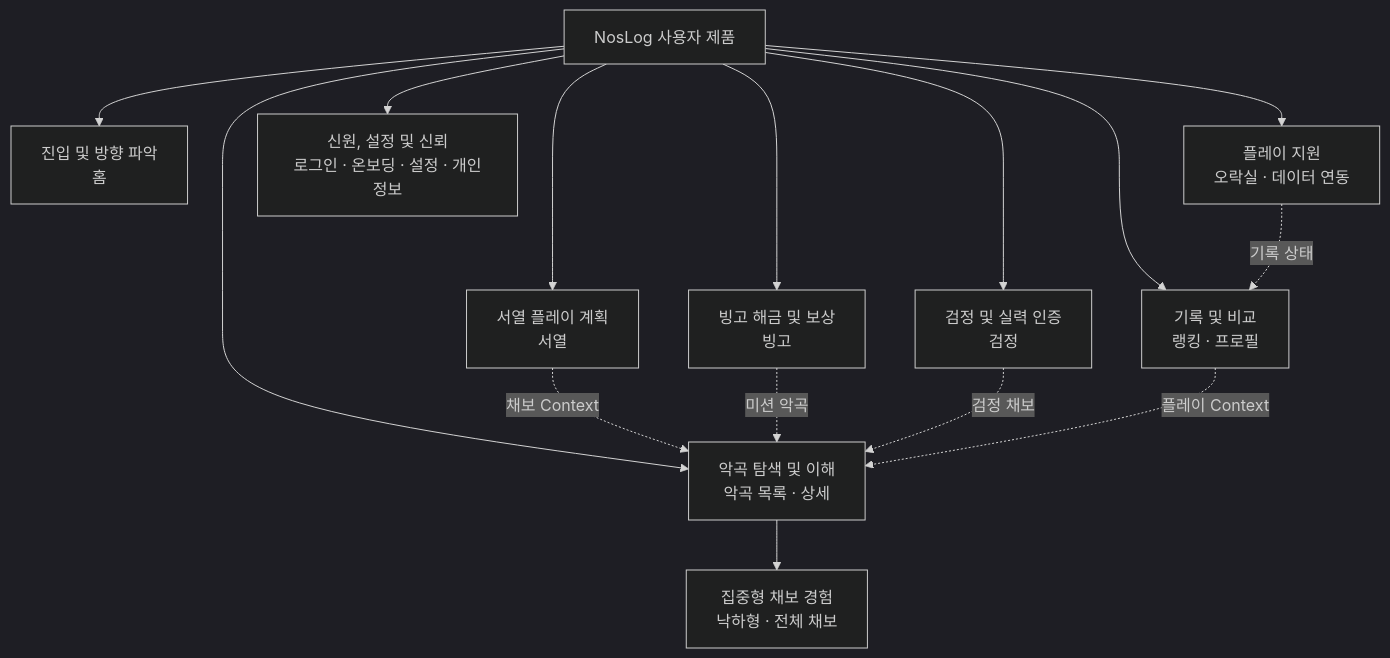
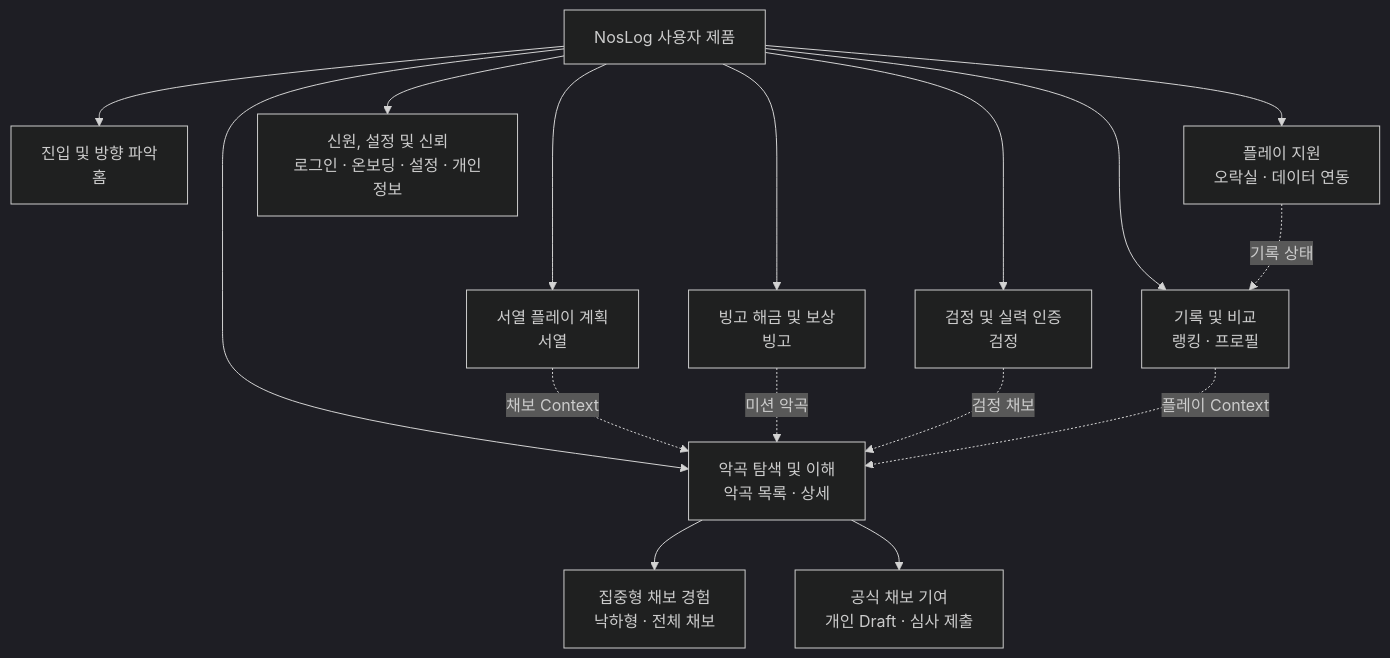
The diagram in docs/design/02-information-architecture.ko.md (Anchovia/noslog), drawn with Mermaid (dark theme) before and after one commit. The commit also changed other lines of this file and 23 other files, not shown here.

````diff
--- a/docs/design/02-information-architecture.ko.md
+++ b/docs/design/02-information-architecture.ko.md
@@ -195,28 +202,30 @@
 ```mermaid
 flowchart TD
     ROOT["NosLog 사용자 제품"]
     HOME["진입 및 방향 파악<br/>홈"]
     MUSIC["악곡 탐색 및 이해<br/>악곡 목록 · 상세"]
     TIERS["서열 플레이 계획<br/>서열"]
     BINGO["빙고 해금 및 보상<br/>빙고"]
     EXAMS["검정 및 실력 인증<br/>검정"]
     RECORDS["기록 및 비교<br/>랭킹 · 프로필"]
     SUPPORT["플레이 지원<br/>오락실 · 데이터 연동"]
     TRUST["신원, 설정 및 신뢰<br/>로그인 · 온보딩 · 설정 · 개인정보"]
     VIEWER["집중형 채보 경험<br/>낙하형 · 전체 채보"]
+    AUTHOR["공식 채보 기여<br/>개인 Draft · 심사 제출"]
 
     ROOT --> HOME
     ROOT --> MUSIC
     ROOT --> TIERS
     ROOT --> BINGO
     ROOT --> EXAMS
     ROOT --> RECORDS
     ROOT --> SUPPORT
     ROOT --> TRUST
     MUSIC --> VIEWER
+    MUSIC --> AUTHOR
     TIERS -. "채보 Context" .-> MUSIC
     BINGO -. "미션 악곡" .-> MUSIC
     EXAMS -. "검정 채보" .-> MUSIC
     RECORDS -. "플레이 Context" .-> MUSIC
     SUPPORT -. "기록 상태" .-> RECORDS
 ```
````
